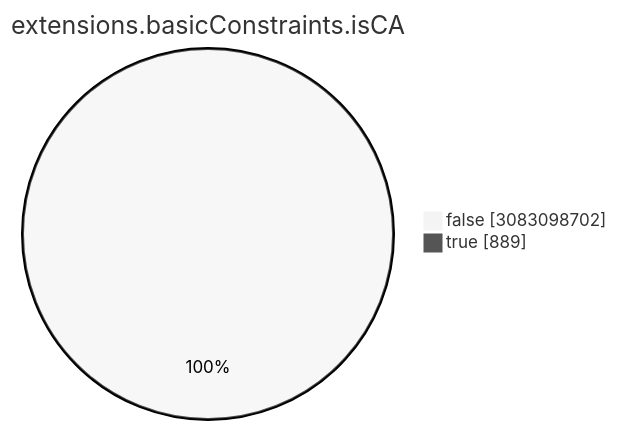
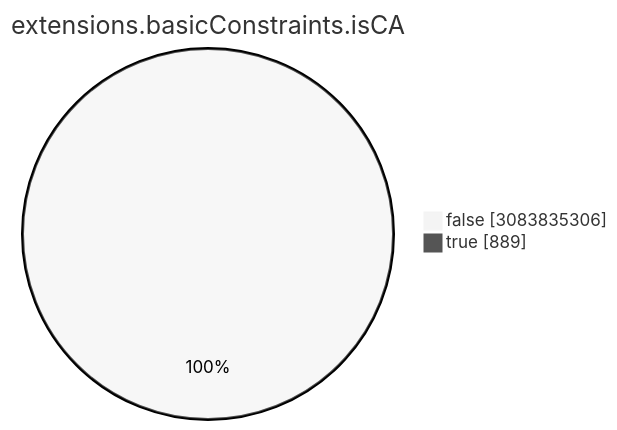
The seventh of 15 diagrams in TOTAL/README.md (christiankrug/ctmonitor_visualization), drawn with Mermaid (neutral theme) before and after one commit. The commit also changed other lines of this file, not shown here.

````diff
--- a/TOTAL/README.md
+++ b/TOTAL/README.md
@@ -3086,6 +3086,6 @@
 ```mermaid
 pie showData
 title extensions.basicConstraints.isCA
-"false" :3083098702
+"false" :3083835306
 "true" :889
 ```
````
